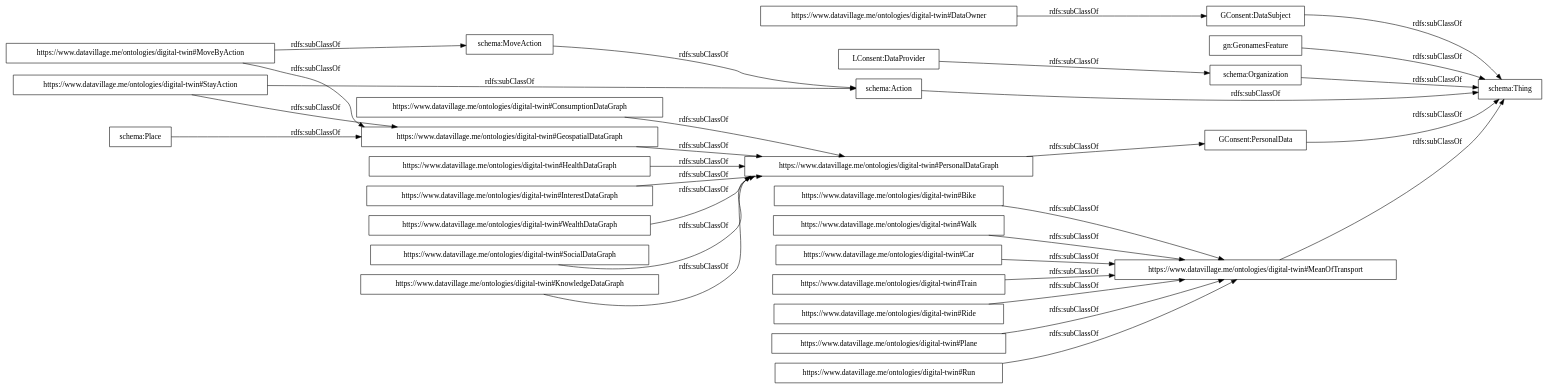
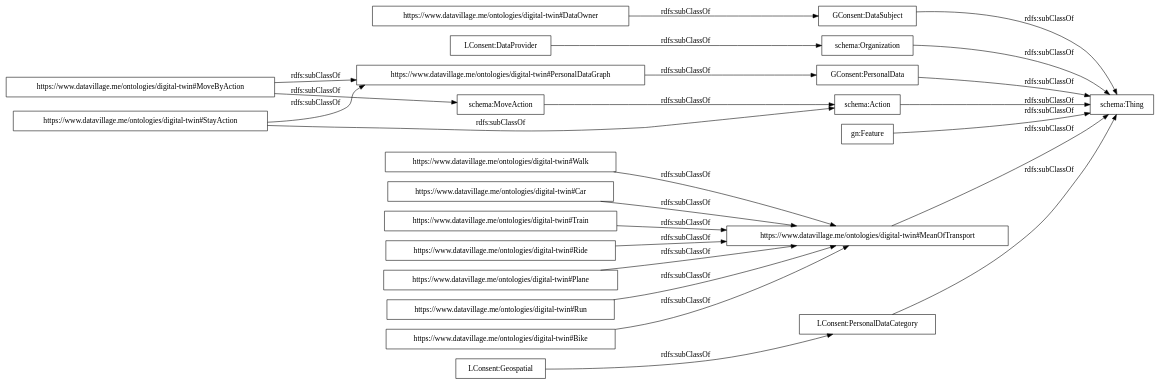
The diagram in OnToology/digital-twin/ontology.owl/diagrams/ar2dtool-taxonomy/ontology.owl.png.dot (datavillage-me/ontologies), drawn with Graphviz before and after one commit. The commit also changed 27 other files, not shown here.

```diff
--- a/OnToology/digital-twin/ontology.owl/diagrams/ar2dtool-taxonomy/ontology.owl.png.dot
+++ b/OnToology/digital-twin/ontology.owl/diagrams/ar2dtool-taxonomy/ontology.owl.png.dot
@@ -1,35 +1,29 @@
 digraph ar2dtool_diagram { 
 rankdir=LR;
 size="1000"
-node [shape = rectangle, color="black"]; "https://www.datavillage.me/ontologies/digital-twin#StayAction" "GConsent:DataSubject" "https://www.datavillage.me/ontologies/digital-twin#MoveByAction" "https://www.datavillage.me/ontologies/digital-twin#KnowledgeDataGraph" "https://www.datavillage.me/ontologies/digital-twin#Plane" "https://www.datavillage.me/ontologies/digital-twin#Run" "https://www.datavillage.me/ontologies/digital-twin#Bike" "https://www.datavillage.me/ontologies/digital-twin#Walk" "schema:MoveAction" "gn:GeonamesFeature" "schema:Organization" "https://www.datavillage.me/ontologies/digital-twin#GeospatialDataGraph" "schema:Action" "https://www.datavillage.me/ontologies/digital-twin#InterestDataGraph" "https://www.datavillage.me/ontologies/digital-twin#HealthDataGraph" "https://www.datavillage.me/ontologies/digital-twin#ConsumptionDataGraph" "https://www.datavillage.me/ontologies/digital-twin#WealthDataGraph" "LConsent:DataProvider" "https://www.datavillage.me/ontologies/digital-twin#Car" "schema:Thing" "https://www.datavillage.me/ontologies/digital-twin#Train" "https://www.datavillage.me/ontologies/digital-twin#SocialDataGraph" "GConsent:PersonalData" "https://www.datavillage.me/ontologies/digital-twin#Ride" "https://www.datavillage.me/ontologies/digital-twin#MeanOfTransport" "https://www.datavillage.me/ontologies/digital-twin#PersonalDataGraph" "https://www.datavillage.me/ontologies/digital-twin#DataOwner" "schema:Place" ; /*classes style*/
+node [shape = rectangle, color="black"]; "https://www.datavillage.me/ontologies/digital-twin#StayAction" "GConsent:DataSubject" "https://www.datavillage.me/ontologies/digital-twin#MoveByAction" "https://www.datavillage.me/ontologies/digital-twin#Plane" "https://www.datavillage.me/ontologies/digital-twin#Run" "https://www.datavillage.me/ontologies/digital-twin#Bike" "https://www.datavillage.me/ontologies/digital-twin#Walk" "schema:MoveAction" "schema:Organization" "schema:Action" "LConsent:DataProvider" "https://www.datavillage.me/ontologies/digital-twin#Car" "schema:Thing" "https://www.datavillage.me/ontologies/digital-twin#Train" "https://www.datavillage.me/ontologies/digital-twin#Ride" "GConsent:PersonalData" "gn:Feature" "https://www.datavillage.me/ontologies/digital-twin#MeanOfTransport" "https://www.datavillage.me/ontologies/digital-twin#PersonalDataGraph" "https://www.datavillage.me/ontologies/digital-twin#DataOwner" "LConsent:Geospatial" "LConsent:PersonalDataCategory" ; /*classes style*/
 	"https://www.datavillage.me/ontologies/digital-twin#Walk" -> "https://www.datavillage.me/ontologies/digital-twin#MeanOfTransport" [ label = "rdfs:subClassOf" ];
-	"https://www.datavillage.me/ontologies/digital-twin#GeospatialDataGraph" -> "https://www.datavillage.me/ontologies/digital-twin#PersonalDataGraph" [ label = "rdfs:subClassOf" ];
+	"LConsent:Geospatial" -> "LConsent:PersonalDataCategory" [ label = "rdfs:subClassOf" ];
+	"LConsent:PersonalDataCategory" -> "schema:Thing" [ label = "rdfs:subClassOf" ];
+	"gn:Feature" -> "schema:Thing" [ label = "rdfs:subClassOf" ];
 	"schema:Action" -> "schema:Thing" [ label = "rdfs:subClassOf" ];
 	"https://www.datavillage.me/ontologies/digital-twin#Plane" -> "https://www.datavillage.me/ontologies/digital-twin#MeanOfTransport" [ label = "rdfs:subClassOf" ];
 	"https://www.datavillage.me/ontologies/digital-twin#Run" -> "https://www.datavillage.me/ontologies/digital-twin#MeanOfTransport" [ label = "rdfs:subClassOf" ];
 	"https://www.datavillage.me/ontologies/digital-twin#DataOwner" -> "GConsent:DataSubject" [ label = "rdfs:subClassOf" ];
 	"https://www.datavillage.me/ontologies/digital-twin#Ride" -> "https://www.datavillage.me/ontologies/digital-twin#MeanOfTransport" [ label = "rdfs:subClassOf" ];
 	"LConsent:DataProvider" -> "schema:Organization" [ label = "rdfs:subClassOf" ];
 	"schema:MoveAction" -> "schema:Action" [ label = "rdfs:subClassOf" ];
-	"gn:GeonamesFeature" -> "schema:Thing" [ label = "rdfs:subClassOf" ];
-	"https://www.datavillage.me/ontologies/digital-twin#MoveByAction" -> "https://www.datavillage.me/ontologies/digital-twin#GeospatialDataGraph" [ label = "rdfs:subClassOf" ];
+	"https://www.datavillage.me/ontologies/digital-twin#MoveByAction" -> "https://www.datavillage.me/ontologies/digital-twin#PersonalDataGraph" [ label = "rdfs:subClassOf" ];
 	"https://www.datavillage.me/ontologies/digital-twin#MoveByAction" -> "schema:MoveAction" [ label = "rdfs:subClassOf" ];
-	"https://www.datavillage.me/ontologies/digital-twin#StayAction" -> "https://www.datavillage.me/ontologies/digital-twin#GeospatialDataGraph" [ label = "rdfs:subClassOf" ];
+	"https://www.datavillage.me/ontologies/digital-twin#StayAction" -> "https://www.datavillage.me/ontologies/digital-twin#PersonalDataGraph" [ label = "rdfs:subClassOf" ];
 	"https://www.datavillage.me/ontologies/digital-twin#StayAction" -> "schema:Action" [ label = "rdfs:subClassOf" ];
 	"schema:Organization" -> "schema:Thing" [ label = "rdfs:subClassOf" ];
-	"https://www.datavillage.me/ontologies/digital-twin#SocialDataGraph" -> "https://www.datavillage.me/ontologies/digital-twin#PersonalDataGraph" [ label = "rdfs:subClassOf" ];
 	"https://www.datavillage.me/ontologies/digital-twin#MeanOfTransport" -> "schema:Thing" [ label = "rdfs:subClassOf" ];
-	"https://www.datavillage.me/ontologies/digital-twin#ConsumptionDataGraph" -> "https://www.datavillage.me/ontologies/digital-twin#PersonalDataGraph" [ label = "rdfs:subClassOf" ];
+	"https://www.datavillage.me/ontologies/digital-twin#PersonalDataGraph" -> "GConsent:PersonalData" [ label = "rdfs:subClassOf" ];
 	"https://www.datavillage.me/ontologies/digital-twin#Car" -> "https://www.datavillage.me/ontologies/digital-twin#MeanOfTransport" [ label = "rdfs:subClassOf" ];
-	"https://www.datavillage.me/ontologies/digital-twin#InterestDataGraph" -> "https://www.datavillage.me/ontologies/digital-twin#PersonalDataGraph" [ label = "rdfs:subClassOf" ];
-	"https://www.datavillage.me/ontologies/digital-twin#PersonalDataGraph" -> "GConsent:PersonalData" [ label = "rdfs:subClassOf" ];
-	"https://www.datavillage.me/ontologies/digital-twin#WealthDataGraph" -> "https://www.datavillage.me/ontologies/digital-twin#PersonalDataGraph" [ label = "rdfs:subClassOf" ];
-	"https://www.datavillage.me/ontologies/digital-twin#KnowledgeDataGraph" -> "https://www.datavillage.me/ontologies/digital-twin#PersonalDataGraph" [ label = "rdfs:subClassOf" ];
 	"GConsent:PersonalData" -> "schema:Thing" [ label = "rdfs:subClassOf" ];
 	"GConsent:DataSubject" -> "schema:Thing" [ label = "rdfs:subClassOf" ];
-	"https://www.datavillage.me/ontologies/digital-twin#HealthDataGraph" -> "https://www.datavillage.me/ontologies/digital-twin#PersonalDataGraph" [ label = "rdfs:subClassOf" ];
 	"https://www.datavillage.me/ontologies/digital-twin#Bike" -> "https://www.datavillage.me/ontologies/digital-twin#MeanOfTransport" [ label = "rdfs:subClassOf" ];
 	"https://www.datavillage.me/ontologies/digital-twin#Train" -> "https://www.datavillage.me/ontologies/digital-twin#MeanOfTransport" [ label = "rdfs:subClassOf" ];
-	"schema:Place" -> "https://www.datavillage.me/ontologies/digital-twin#GeospatialDataGraph" [ label = "rdfs:subClassOf" ];
 
 }
```
